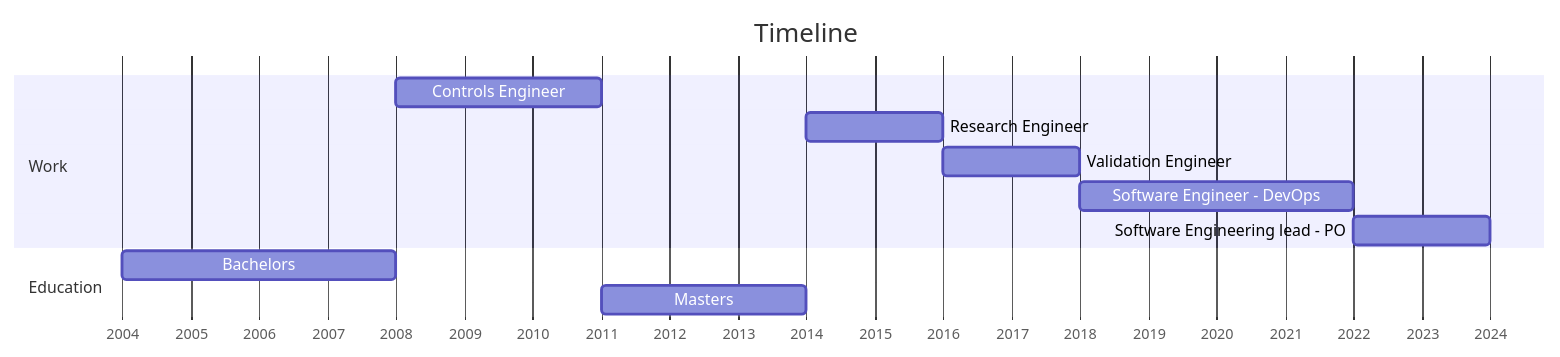
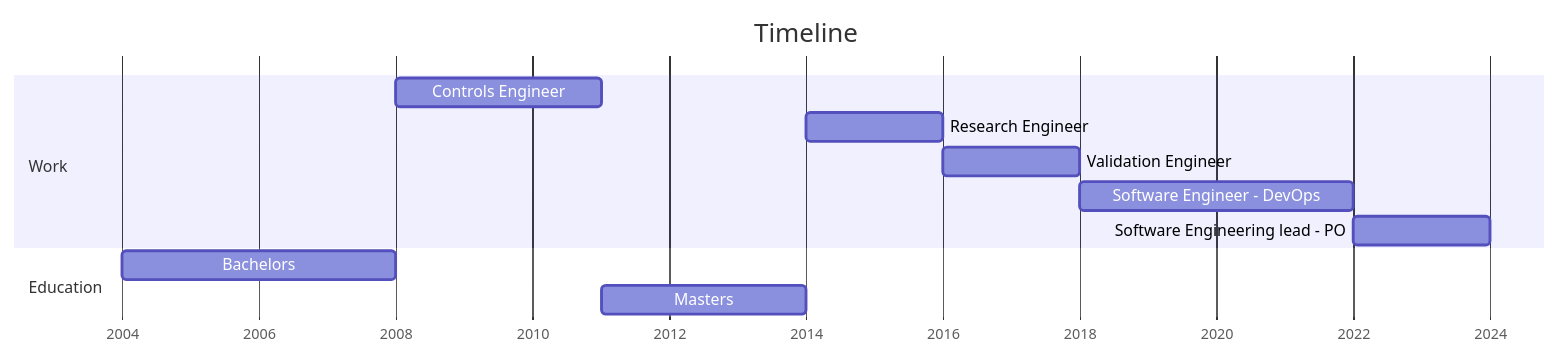
One commit to kar-ven/kar-ven.github.io changed the diagram in README.md. Above: the diagram before and after it, drawn with Mermaid. The commit also changed 1 other file, not shown here.

Commit message:
update cv

```diff
--- a/README.md
+++ b/README.md
@@ -5,16 +5,15 @@
 <pre class="mermaid">
 gantt
     title Timeline
     dateFormat YYYY
     axisFormat %Y
-    tickInterval 60month
     section Work
     Controls Engineer              :2008, 2011
     Research Engineer              :2014, 2016
     Validation Engineer            :2016, 2018
     Software Engineer - DevOps     :2018, 2022
     Software Engineering lead - PO :2022, 2024
     Section Education
     Bachelors                      :2004, 2008
     Masters                        :2011, 2014
 </pre>
```
